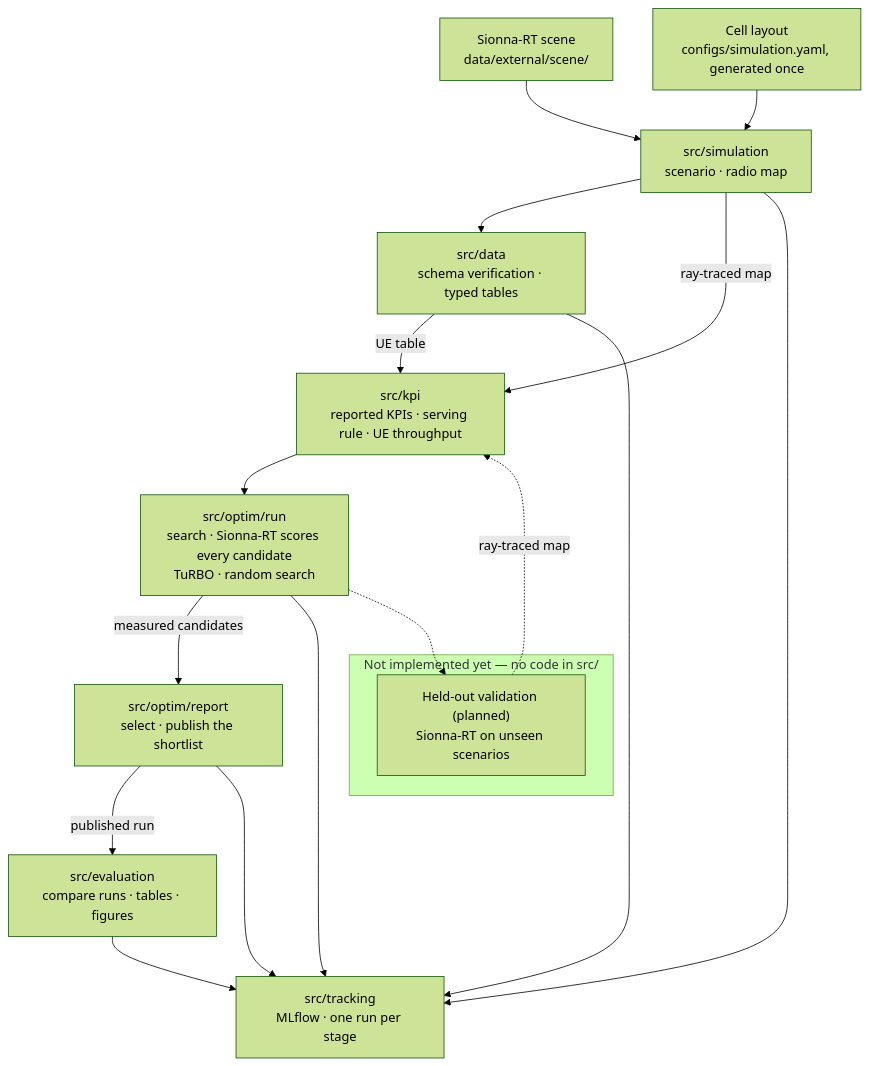
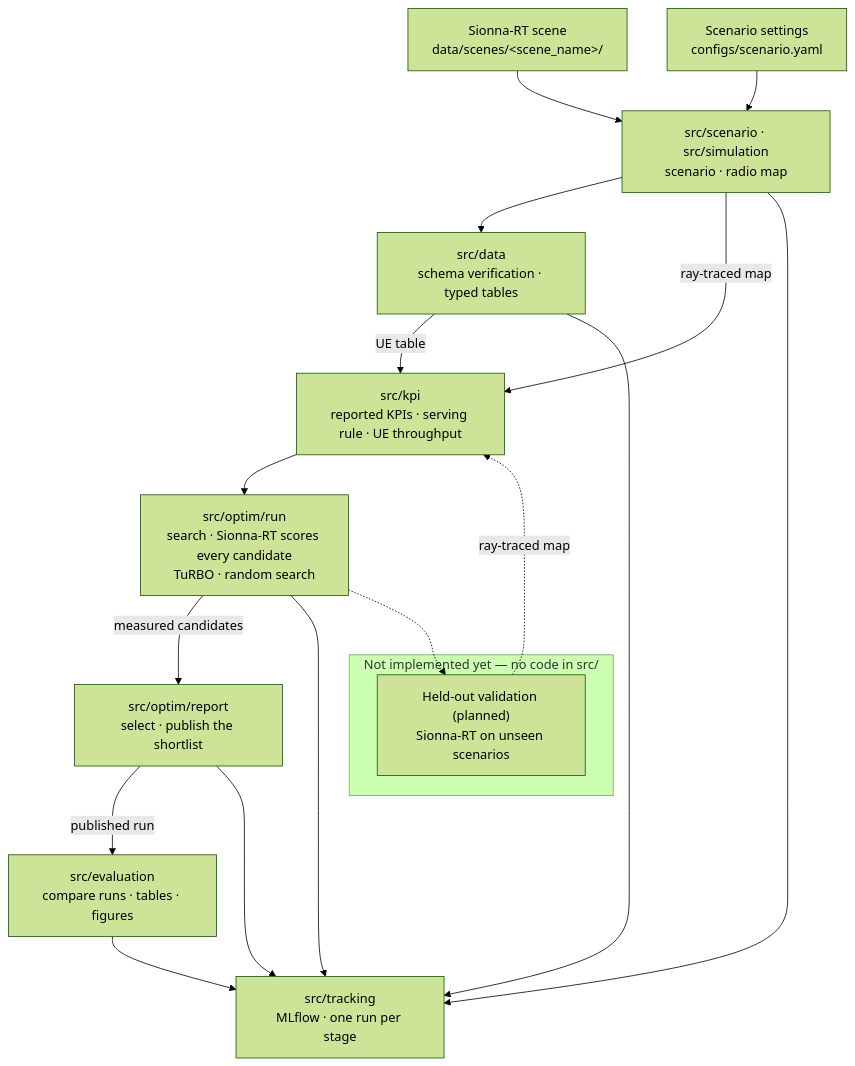
One commit to NguyenVu04/band-tilt changed the diagram in README.md. Above: the diagram before and after it, drawn with Mermaid (forest theme). The commit also changed other lines of this file and 52 other files, not shown here.

First line of the commit message:
Refactor simulation to scenario: Update imports and configurations

````diff
--- a/README.md
+++ b/README.md
@@ -109,29 +109,29 @@
 ```mermaid
 flowchart TB
-    scene["Sionna-RT scene<br/>data/external/scene/"]
-    cells["Cell layout<br/>configs/simulation.yaml, generated once"]
+    scene["Sionna-RT scene<br/>data/scenes/&lt;scene_name&gt;/"]
+    cells["Scenario settings<br/>configs/scenario.yaml"]
 
-    sim["src/simulation<br/>scenario · radio map"]
+    sim["src/scenario · src/simulation<br/>scenario · radio map"]
     prep["src/data<br/>schema verification · typed tables"]
     kpi["src/kpi<br/>reported KPIs · serving rule · UE throughput"]
     opt["src/optim/run<br/>search · Sionna-RT scores every candidate<br/>TuRBO · random search"]
     ver["src/optim/report<br/>select · publish the shortlist"]
     rep["src/evaluation<br/>compare runs · tables · figures"]
     mlf["src/tracking<br/>MLflow · one run per stage"]
 
     subgraph future["Not implemented yet — no code in src/"]
         val["Held-out validation (planned)<br/>Sionna-RT on unseen scenarios"]
     end
 
     scene --> sim
     cells --> sim
     sim --> prep
     sim -->|ray-traced map| kpi
     prep -->|UE table| kpi
     kpi --> opt
     opt -->|measured candidates| ver
     ver -->|published run| rep
     sim & prep & opt & ver & rep --> mlf
     opt -.-> val
     val -.->|ray-traced map| kpi
 ```
````
